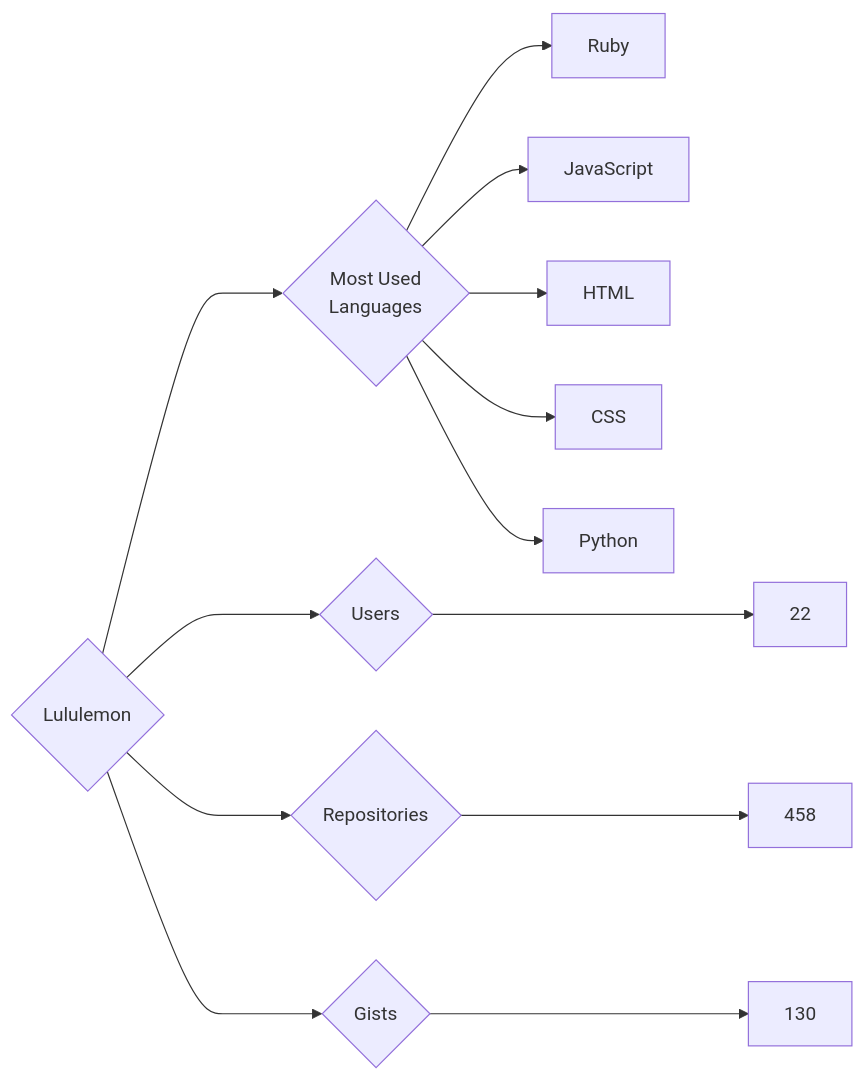
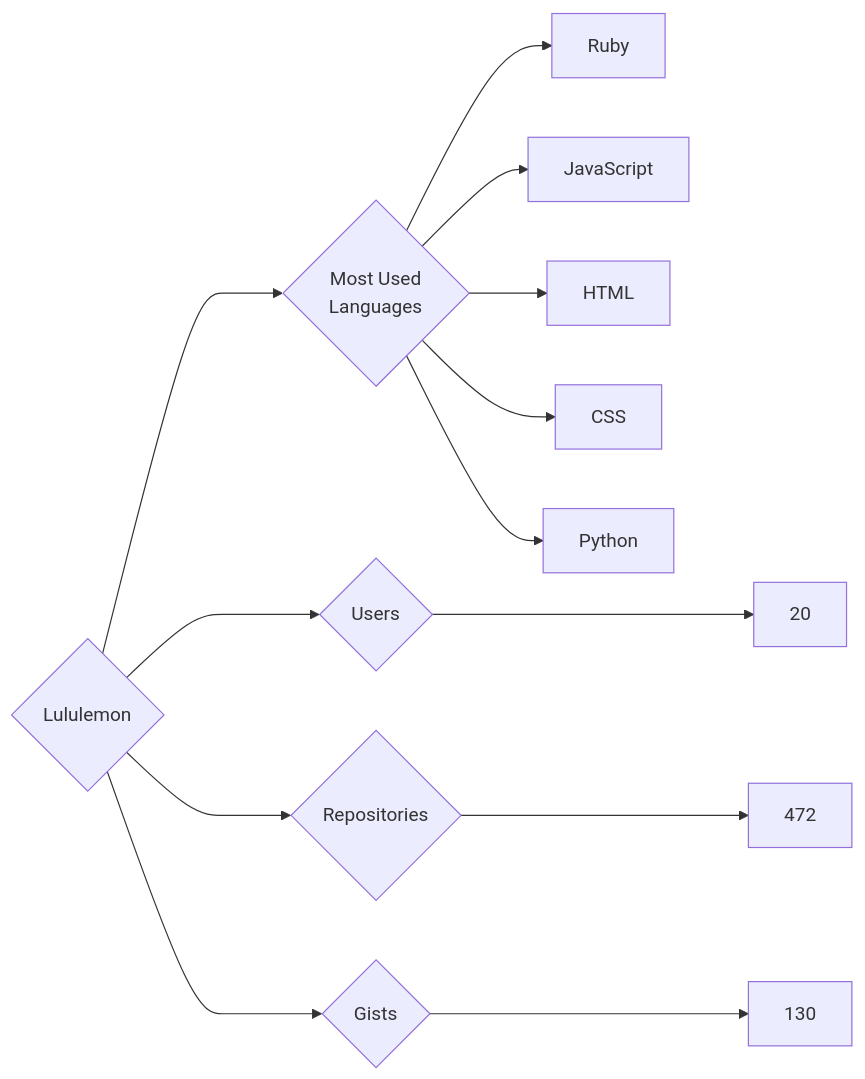
The diagram in targets/Lululemon/README.md (trickest/insiders), drawn with Mermaid before and after one commit. The commit also changed 894 other files, not shown here.

````diff
--- a/targets/Lululemon/README.md
+++ b/targets/Lululemon/README.md
@@ -3,13 +3,13 @@
 ```mermaid
 graph LR
 COMPANY_NAME{Lululemon}
-COMPANY_NAME ---> U{Users} ---> UN[22]
-COMPANY_NAME ---> R{Repositories} ---> RN[458]
+COMPANY_NAME ---> U{Users} ---> UN[20]
+COMPANY_NAME ---> R{Repositories} ---> RN[472]
 COMPANY_NAME ---> G{Gists} ---> GN[130]
 COMPANY_NAME ---> ML{Most Used<br>Languages}
 ML --> Ruby[Ruby]
 ML --> JavaScript[JavaScript]
 ML --> HTML[HTML]
 ML --> CSS[CSS]
 ML --> Python[Python]
 ```
````
